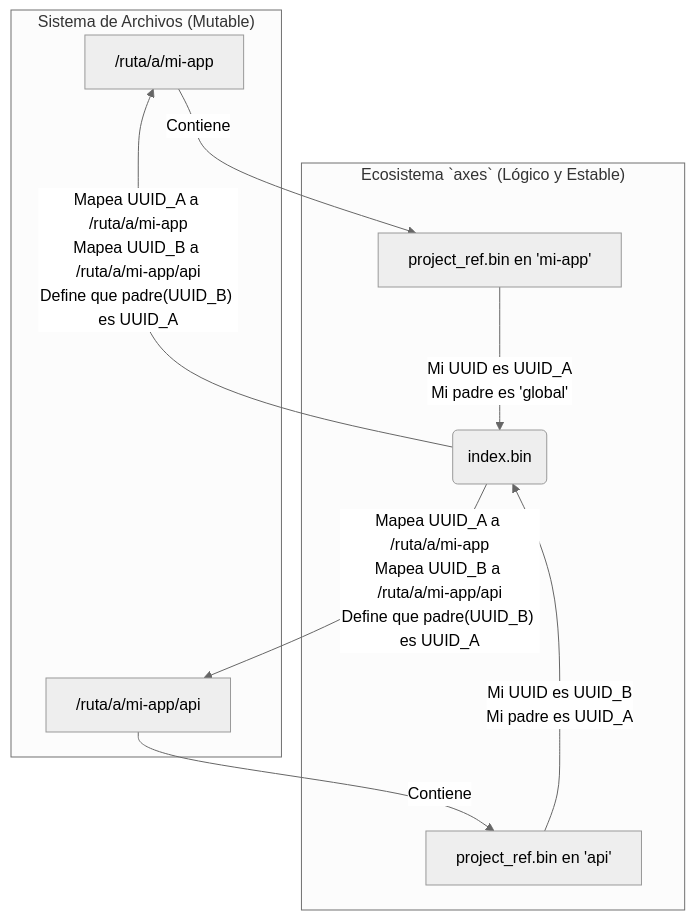
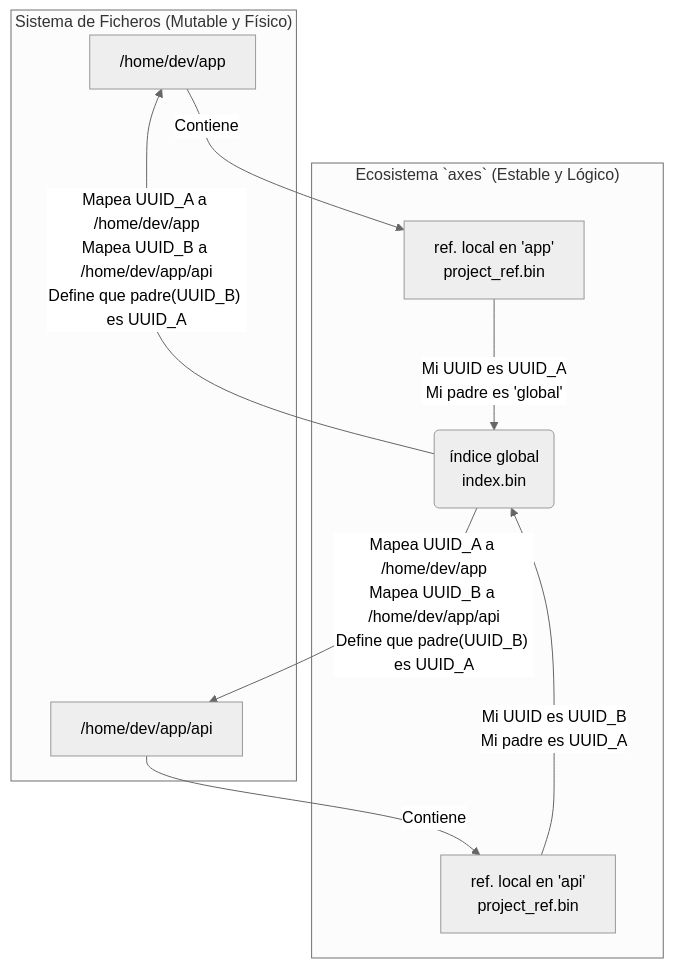
Before and after one commit to RetypeOS/axes: the first of 6 diagrams in docs/es/TECNICAL.md, drawn with Mermaid (neutral theme). The commit also changed other lines of this file and 2 other files, not shown here.

````diff
--- a/docs/es/TECNICAL.md
+++ b/docs/es/TECNICAL.md
@@ -39,20 +37,20 @@
-    ```mermaid
-    graph TD
-        subgraph "Sistema de Archivos (Mutable)"
-            A["/ruta/a/mi-app"]
-            B["/ruta/a/mi-app/api"]
-        end
+```mermaid
+graph TD
+    subgraph "Sistema de Ficheros (Mutable y Físico)"
+        A["/home/dev/app"]
+        B["/home/dev/app/api"]
+    end
 
-        subgraph "Ecosistema `axes` (Lógico y Estable)"
-            C(index.bin)
-            D["project_ref.bin en 'mi-app'"]
-            E["project_ref.bin en 'api'"]
-        end
+    subgraph "Ecosistema `axes` (Estable y Lógico)"
+        C(índice global<br>index.bin)
+        D["ref. local en 'app'<br>project_ref.bin"]
+        E["ref. local en 'api'<br>project_ref.bin"]
+    end
 
-        A -- "Contiene" --> D
-        B -- "Contiene" --> E
-        
-        C -- "Mapea UUID_A a /ruta/a/mi-app<br>Mapea UUID_B a /ruta/a/mi-app/api<br>Define que padre(UUID_B) es UUID_A" --> A & B
-        D -- "Mi UUID es UUID_A<br>Mi padre es 'global'" --> C
-        E -- "Mi UUID es UUID_B<br>Mi padre es UUID_A" --> C
-    ```
+    A --"Contiene"--> D
+    B --"Contiene"--> E
+    
+    C --"Mapea UUID_A a /home/dev/app<br>Mapea UUID_B a /home/dev/app/api<br>Define que padre(UUID_B) es UUID_A"--> A & B
+    D --"Mi UUID es UUID_A<br>Mi padre es 'global'"--> C
+    E --"Mi UUID es UUID_B<br>Mi padre es UUID_A"--> C
+```
````
